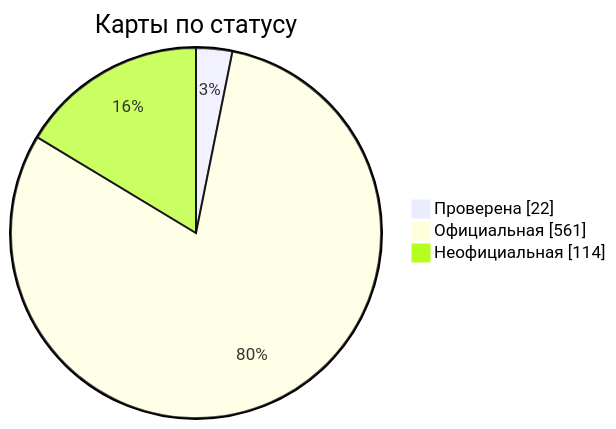
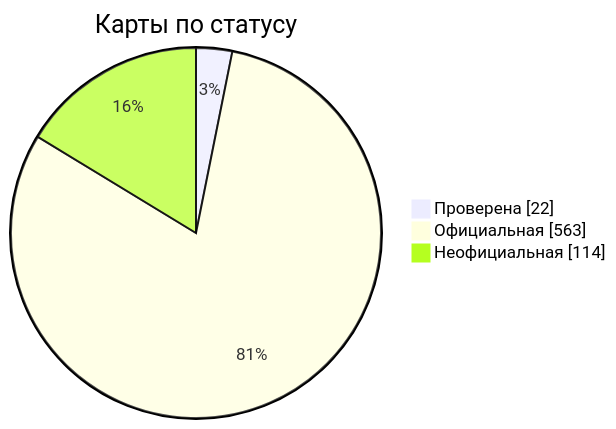
Before and after one commit to nobrega8/mbmap-library: the diagram in docs/readme/README_RU.md, drawn with Mermaid. The commit also changed 7 other files, not shown here.

````diff
--- a/docs/readme/README_RU.md
+++ b/docs/readme/README_RU.md
@@ -54,7 +54,7 @@
 ```mermaid
 pie showData
     title Карты по статусу
     "Проверена" : 22
-    "Официальная" : 561
+    "Официальная" : 563
     "Неофициальная" : 114
 ```
````
